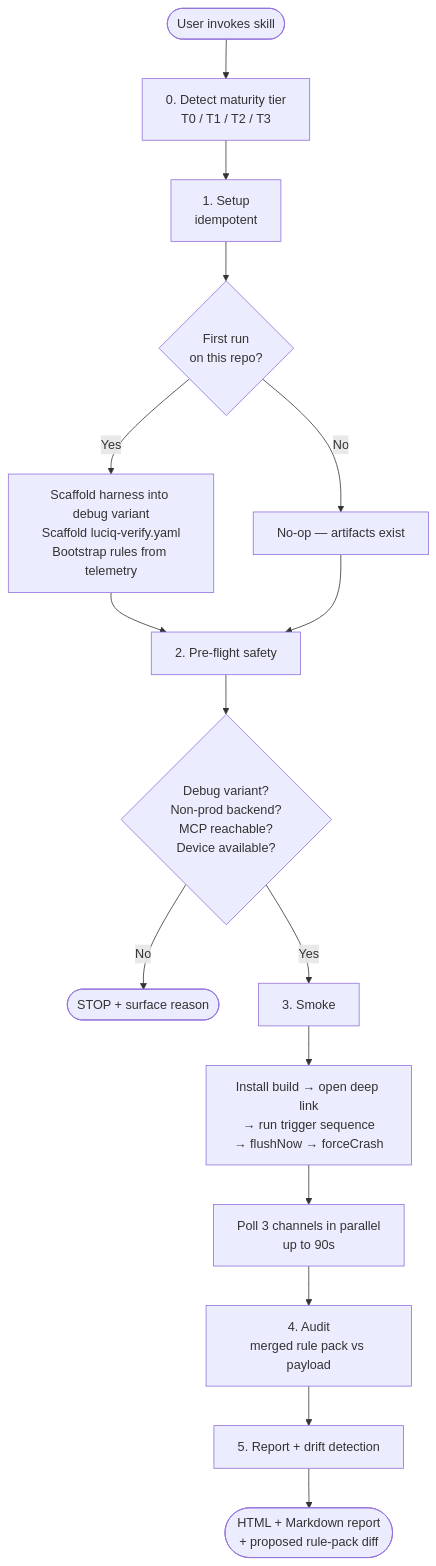
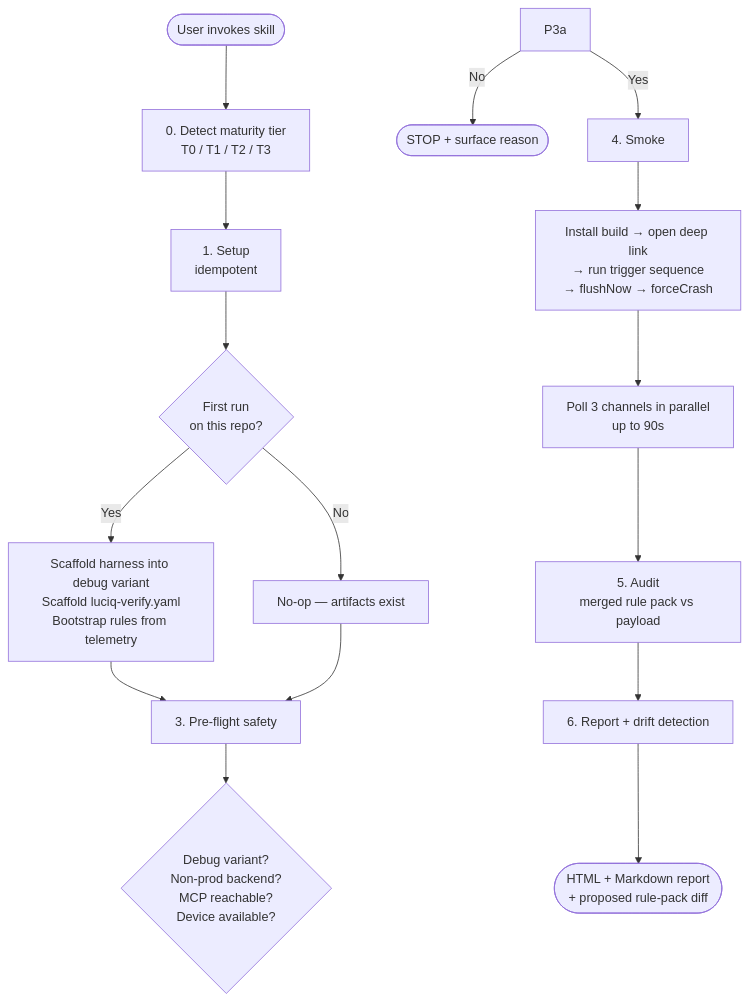
The second of 6 diagrams in plugins/luciq-skills/skills/luciq-verify/README.md (luciqai/agent-skills), drawn with Mermaid before and after one commit. The commit also changed other lines of this file and 3 other files, not shown here.

````diff
--- a/plugins/luciq-skills/skills/luciq-verify/README.md
+++ b/plugins/luciq-skills/skills/luciq-verify/README.md
@@ -64,18 +64,18 @@
 ```mermaid
 flowchart TD
     Start([User invokes skill]) --> P0[0. Detect maturity tier<br/>T0 / T1 / T2 / T3]
     P0 --> P1[1. Setup<br/>idempotent]
     P1 --> P1a{First run<br/>on this repo?}
     P1a -->|Yes| P1b[Scaffold harness into debug variant<br/>Scaffold luciq-verify.yaml<br/>Bootstrap rules from telemetry]
     P1a -->|No| P1c[No-op — artifacts exist]
-    P1b --> P2
-    P1c --> P2
-    P2[2. Pre-flight safety] --> P2a{Debug variant?<br/>Non-prod backend?<br/>MCP reachable?<br/>Device available?}
-    P2a -->|No| Stop([STOP + surface reason])
-    P2a -->|Yes| P3[3. Smoke]
-    P3 --> P3a[Install build → open deep link<br/>→ run trigger sequence<br/>→ flushNow → forceCrash]
-    P3a --> P3b[Poll 3 channels in parallel<br/>up to 90s]
-    P3b --> P4[4. Audit<br/>merged rule pack vs payload]
-    P4 --> P5[5. Report + drift detection]
-    P5 --> Out([HTML + Markdown report<br/>+ proposed rule-pack diff])
+    P1b --> P3
+    P1c --> P3
+    P3[3. Pre-flight safety] --> P2a{Debug variant?<br/>Non-prod backend?<br/>MCP reachable?<br/>Device available?}
+    P3a -->|No| Stop([STOP + surface reason])
+    P3a -->|Yes| P4[4. Smoke]
+    P4 --> P4a[Install build → open deep link<br/>→ run trigger sequence<br/>→ flushNow → forceCrash]
+    P4a --> P4b[Poll 3 channels in parallel<br/>up to 90s]
+    P4b --> P5[5. Audit<br/>merged rule pack vs payload]
+    P5 --> P6[6. Report + drift detection]
+    P6 --> Out([HTML + Markdown report<br/>+ proposed rule-pack diff])
 ```
````
